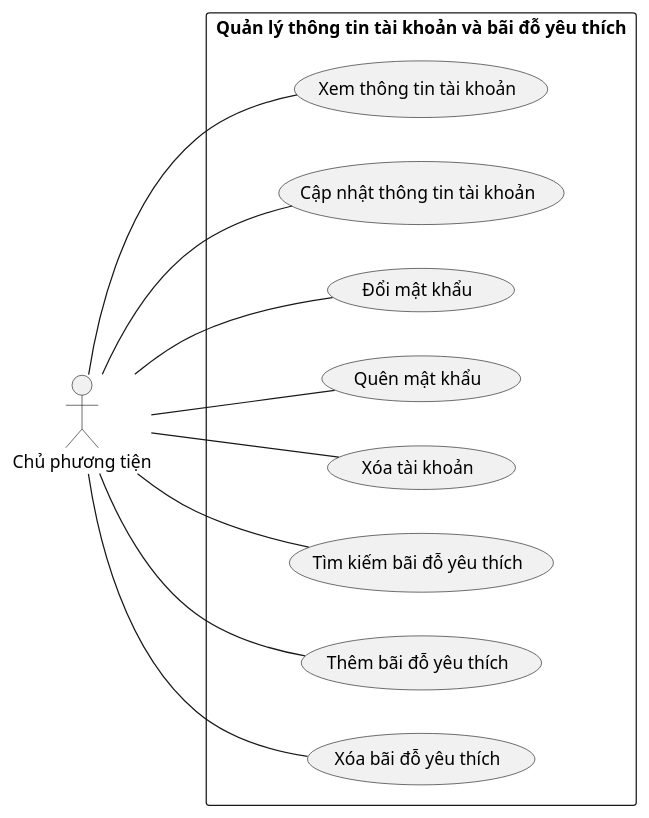
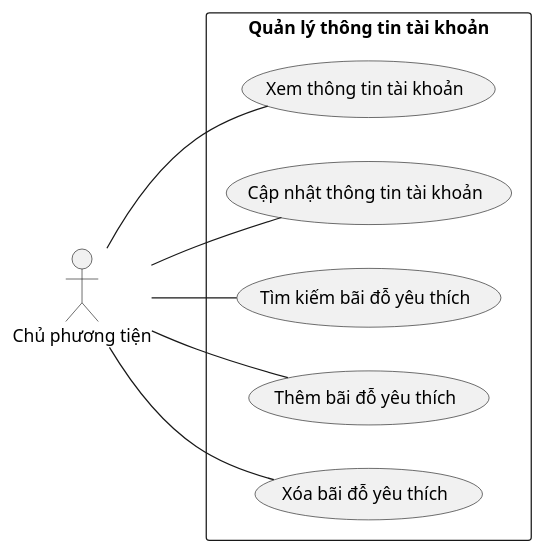
The diagram in usecase/manage_account_infor.wsd (hieutbui/graduation-diagram), drawn with PlantUML before and after one commit. The commit also changed 10 other files, not shown here.

```diff
--- a/usecase/manage_account_infor.wsd
+++ b/usecase/manage_account_infor.wsd
@@ -1,20 +1,17 @@
 @startuml manage_account_infor
 
 left to right direction
 skinparam packageStyle rect
 
 actor "Chủ phương tiện" as VehicleOwner
 
-rectangle "Quản lý thông tin tài khoản và bãi đỗ yêu thích" as ManageAccountInfor {
+rectangle "Quản lý thông tin tài khoản" as ManageAccountInfor {
   'VehicleOwner'
     VehicleOwner -- (Xem thông tin tài khoản)
     VehicleOwner -- (Cập nhật thông tin tài khoản)
-    VehicleOwner -- (Đổi mật khẩu)
-    VehicleOwner -- (Quên mật khẩu)
-    VehicleOwner -- (Xóa tài khoản)
     VehicleOwner -- (Tìm kiếm bãi đỗ yêu thích)
     VehicleOwner -- (Thêm bãi đỗ yêu thích)
     VehicleOwner -- (Xóa bãi đỗ yêu thích)
 }
 
 @enduml
```
